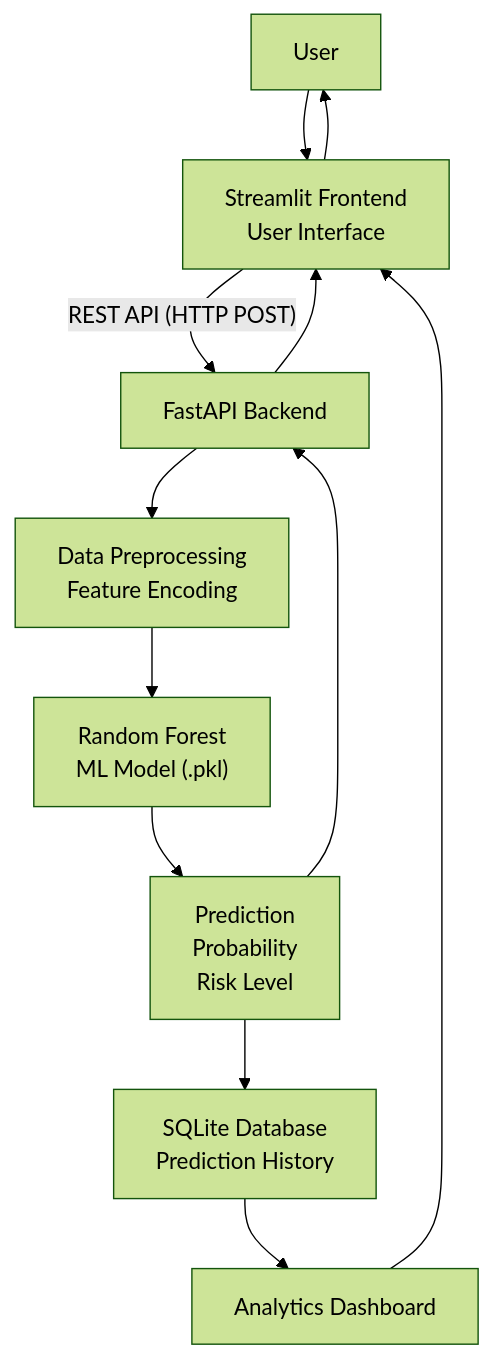
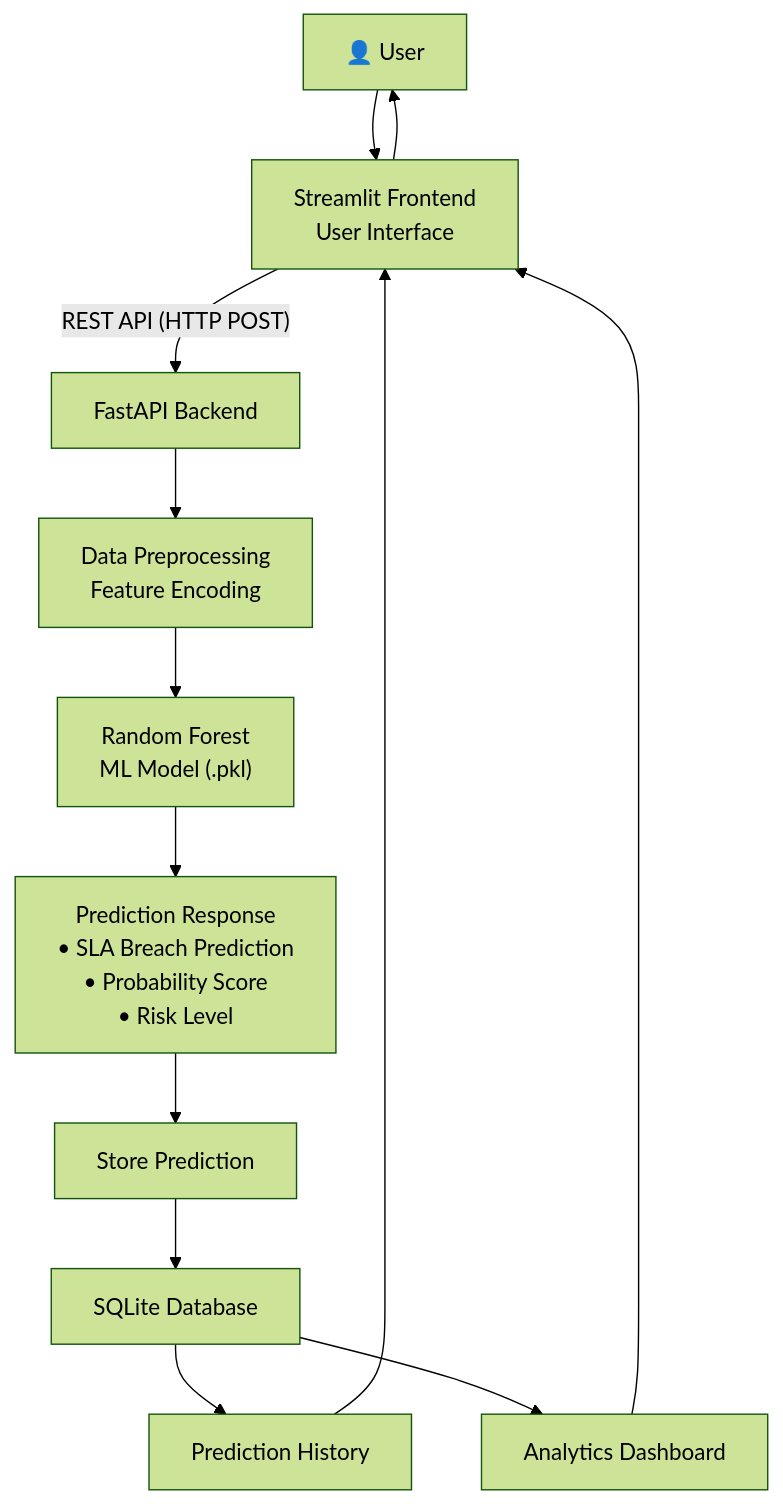
Before and after one commit to TanmayJindal1205/Intelligent-ITSM-Decision-Support-System: the diagram in README.md, drawn with Mermaid (forest theme). The commit also changed other lines of this file, not shown here.

````diff
--- a/README.md
+++ b/README.md
@@ -203,31 +205,29 @@
 ```mermaid
 flowchart TD
 
-    U["User"]
+    U["👤 User"]
 
-    U --> S["Streamlit Frontend
-    User Interface"]
+    U --> S["Streamlit Frontend<br/>User Interface"]
 
     S -->|"REST API (HTTP POST)"| F["FastAPI Backend"]
 
-    F --> P["Data Preprocessing
-    Feature Encoding"]
+    F --> P["Data Preprocessing<br/>Feature Encoding"]
 
-    P --> M["Random Forest
-    ML Model (.pkl)"]
+    P --> M["Random Forest<br/>ML Model (.pkl)"]
 
-    M --> R["Prediction
-    Probability
-    Risk Level"]
+    M --> R["Prediction Response<br/>• SLA Breach Prediction<br/>• Probability Score<br/>• Risk Level"]
 
-    R --> DB["SQLite Database
-    Prediction History"]
+    R --> ST["Store Prediction"]
 
-    DB --> D["Analytics Dashboard"]
+    ST --> DB["SQLite Database"]
 
-    R --> F
-    F --> S
-    D --> S
+    DB --> PH["Prediction History"]
+
+    DB --> AD["Analytics Dashboard"]
+
+    PH --> S
+
+    AD --> S
 
     S --> U
 ```
````
